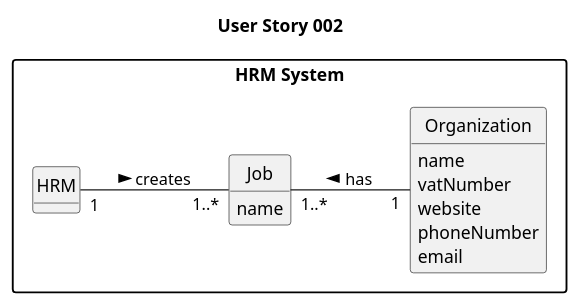
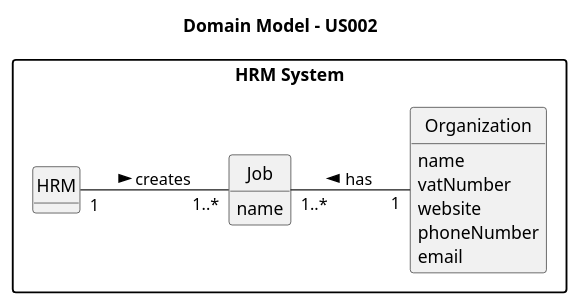
Before and after one commit to SAEmanuel/Green_Spaces_Management_ISEP: the diagram in docs/sprintA/us002/02.analysis/puml/us002-domain-model.puml, drawn with PlantUML. The commit also changed 21 other files, not shown here.

```diff
--- a/docs/sprintA/us002/02.analysis/puml/us002-domain-model.puml
+++ b/docs/sprintA/us002/02.analysis/puml/us002-domain-model.puml
@@ -1,41 +1,41 @@
 @startuml
 skinparam monochrome true
 skinparam packageStyle rectangle
 skinparam shadowing false
 
 left to right direction
 
 skinparam classAttributeIconSize 0
 
 hide circle
 hide methods
 package "HRM System" {
 
-title User Story 002
+title Domain Model - US002
 
 class HRM {
 }
 
 class Organization {
 name
 vatNumber
 website
 phoneNumber
 email
 }
 
 class Job {
     name
 }
 
 
 
 
 
 HRM "1" -- "1..*" Job : creates >
 
 Job "1..*" -- "1"Organization : has <
 
 
 
 @enduml
```
